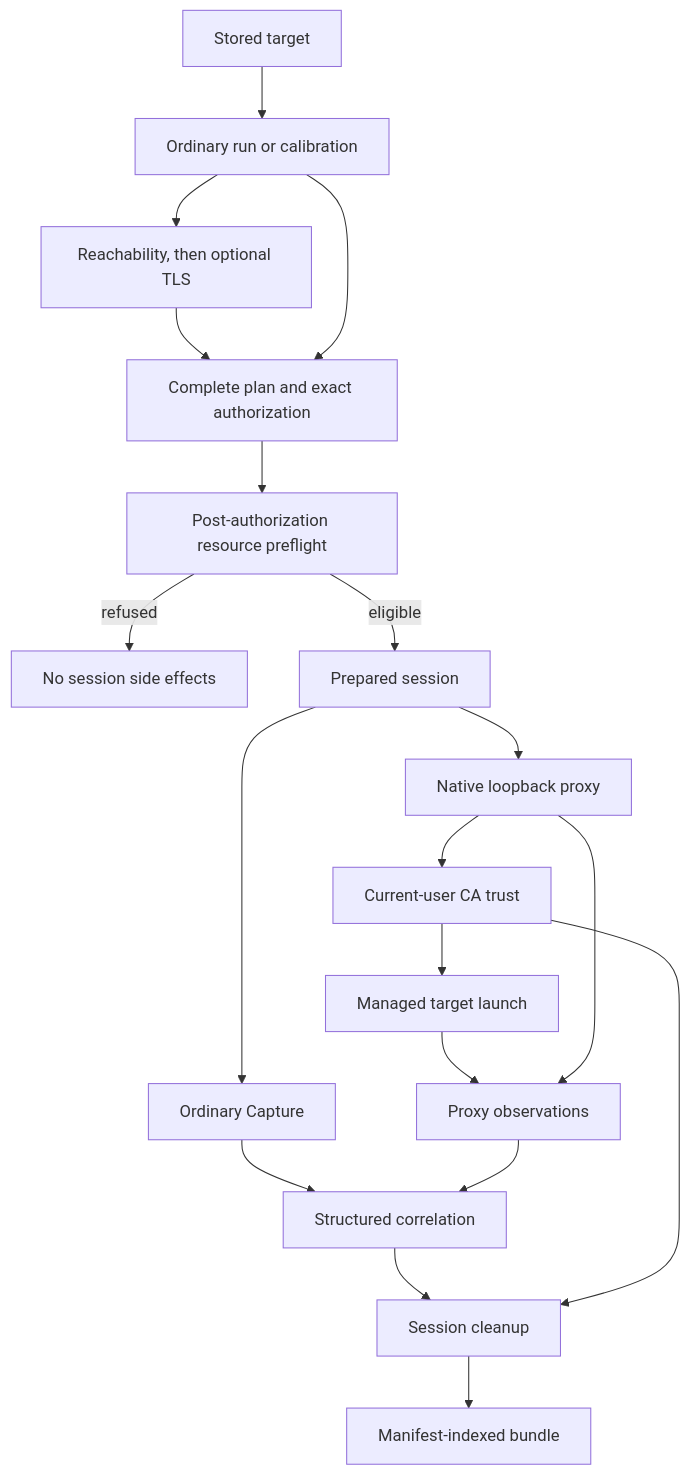
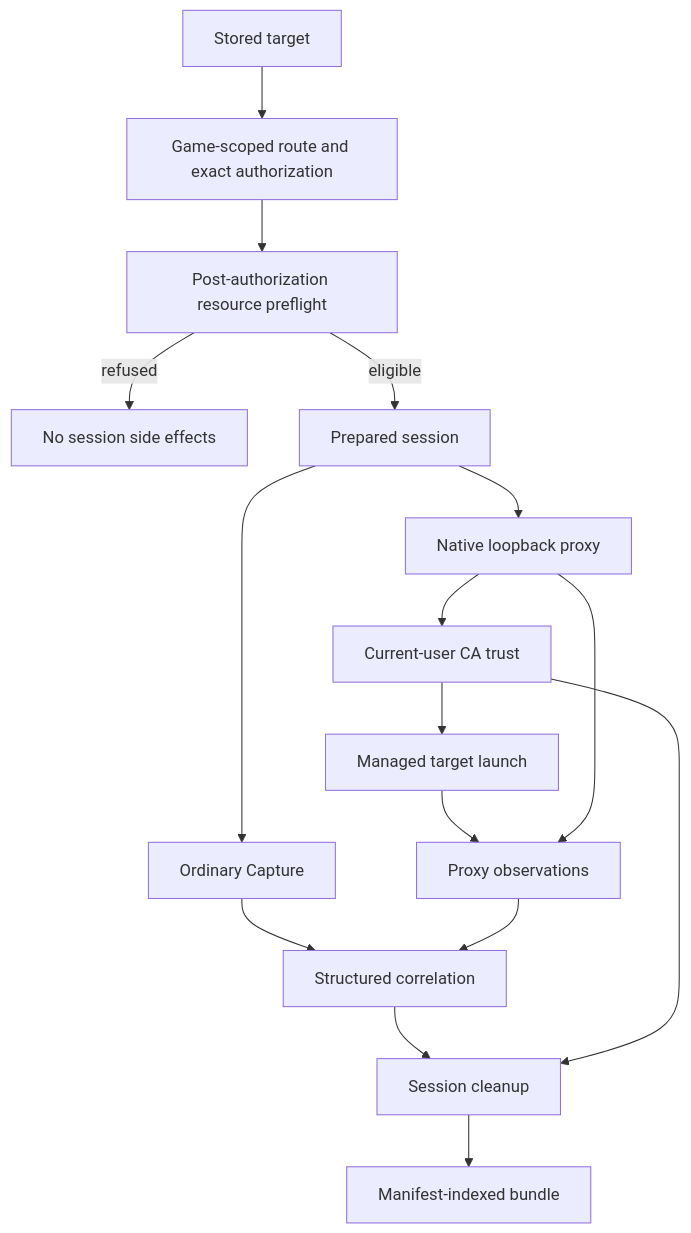
One commit to h8rt3rmin8r/fragcap changed the second of 2 diagrams in site/content/docs/architecture.mdx. Above: the diagram before and after it, drawn with Mermaid. The commit also changed other lines of this file and 84 other files, not shown here.

````diff
--- a/site/content/docs/architecture.mdx
+++ b/site/content/docs/architecture.mdx
@@ -47,22 +47,19 @@
 ```mermaid
 flowchart TB
   accTitle: Deep Capture session architecture
-  target["Stored target"] --> choice["Ordinary run or calibration"]
-  choice --> calibrate["Reachability, then optional TLS"]
-  calibrate --> plan["Complete plan and exact authorization"]
-  choice --> plan
+  target["Stored target"] --> plan["Game-scoped route and exact authorization"]
   plan --> preflight["Post-authorization resource preflight"]
   preflight -->|refused| stop["No session side effects"]
   preflight -->|eligible| prepare["Prepared session"]
   prepare --> capture["Ordinary Capture"]
   prepare --> proxy["Native loopback proxy"]
   proxy --> trust["Current-user CA trust"]
   trust --> launch["Managed target launch"]
   launch --> observations["Proxy observations"]
   proxy --> observations
   capture --> correlate["Structured correlation"]
   observations --> correlate
   correlate --> cleanup["Session cleanup"]
   trust --> cleanup
   cleanup --> bundle["Manifest-indexed bundle"]
 ```
````
